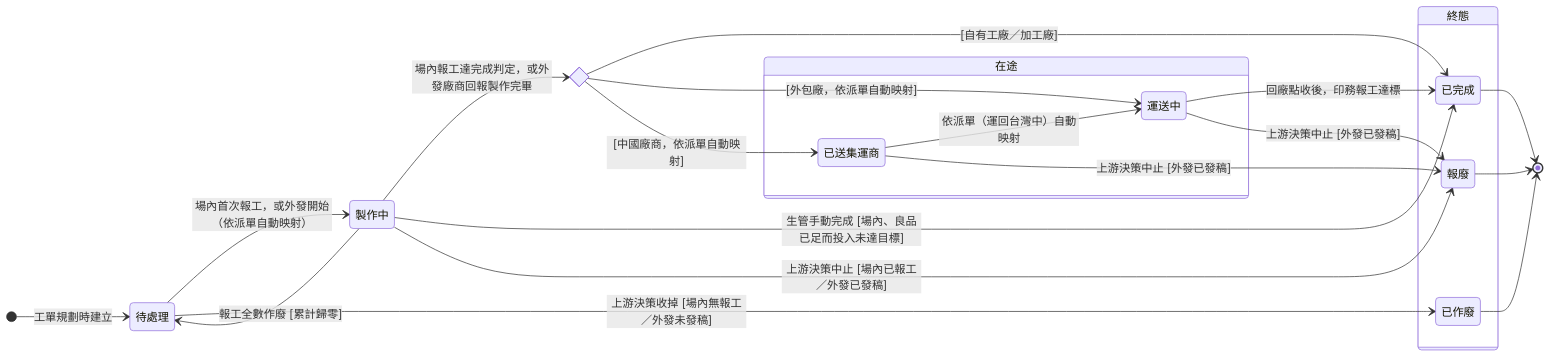
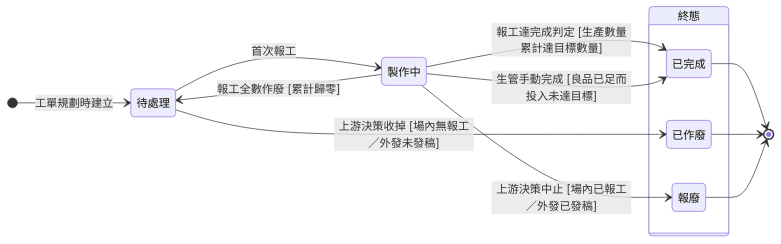
The diagram in memory/Sens_wiki/wiki/erp/06-state-machines/生產任務狀態.md (Kawato-Miles/erp-spec), drawn with Mermaid before and after one commit. The commit also changed other lines of this file and 31 other files, not shown here.

````diff
--- a/memory/Sens_wiki/wiki/erp/06-state-machines/生產任務狀態.md
+++ b/memory/Sens_wiki/wiki/erp/06-state-machines/生產任務狀態.md
@@ -51,42 +42,28 @@
 ```mermaid
 stateDiagram-v2
     direction LR
 
     [*] --> s_pending : 工單規劃時建立
 
     state "待處理" as s_pending
     state "製作中" as s_making
-    state route <<choice>>
-
-    state "在途" as Transit {
-        direction LR
-        state "已送集運商" as s_consolidator
-        state "運送中" as s_shipping
-        s_consolidator --> s_shipping : 依派單（運回台灣中）自動映射
-    }
 
     state "終態" as Final {
         state "已完成" as s_done
         state "已作廢" as s_void
         state "報廢" as s_scrap
     }
 
-    s_pending --> s_making : 場內首次報工，或外發開始（依派單自動映射）
-    s_making --> route : 場內報工達完成判定，或外發廠商回報製作完畢
-    route --> s_done : [自有工廠／加工廠]
-    route --> s_shipping : [外包廠，依派單自動映射]
-    route --> s_consolidator : [中國廠商，依派單自動映射]
-    s_shipping --> s_done : 回廠點收後，印務報工達標
-    s_making --> s_done : 生管手動完成 [場內、良品已足而投入未達目標]
+    s_pending --> s_making : 首次報工
+    s_making --> s_done : 報工達完成判定 [生產數量累計達目標數量]
+    s_making --> s_done : 生管手動完成 [良品已足而投入未達目標]
 
     s_making --> s_pending : 報工全數作廢 [累計歸零]
 
     s_pending --> s_void : 上游決策收掉 [場內無報工／外發未發稿]
     s_making --> s_scrap : 上游決策中止 [場內已報工／外發已發稿]
-    s_consolidator --> s_scrap : 上游決策中止 [外發已發稿]
-    s_shipping --> s_scrap : 上游決策中止 [外發已發稿]
 
     s_done --> [*]
     s_void --> [*]
     s_scrap --> [*]
 ```
````
